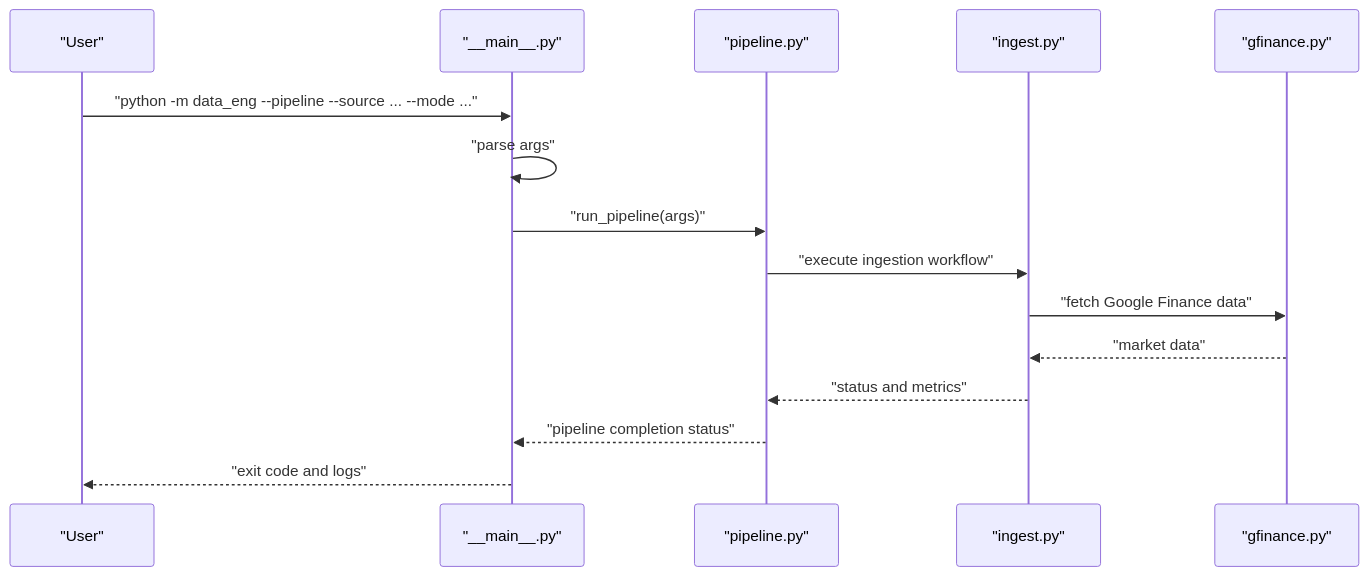
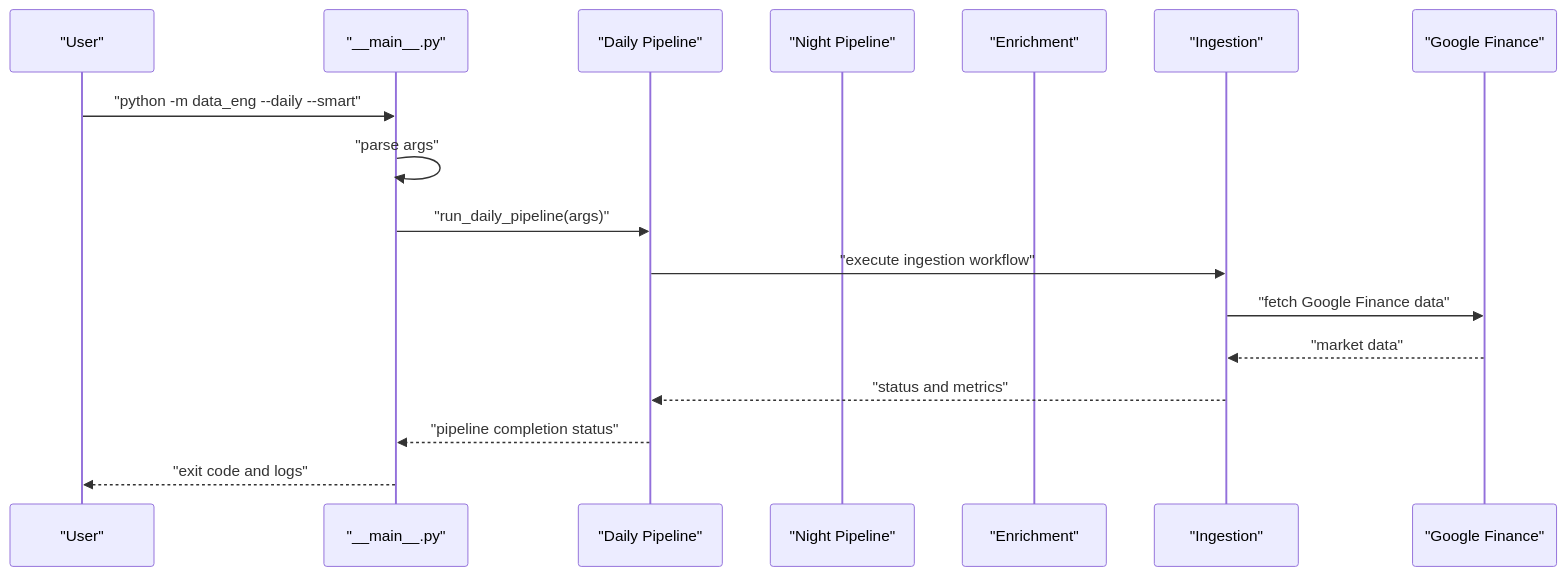
The tenth of 21 diagrams in .qoder/repowiki/en/content/Core Components/Data Engineering Module/Data Engineering Module.md (ZengSeng/telegram-bot), drawn with Mermaid before and after one commit. The commit also changed other lines of this file and 15 other files, not shown here.

````diff
--- a/.qoder/repowiki/en/content/Core Components/Data Engineering Module/Data Engineering Module.md
+++ b/.qoder/repowiki/en/content/Core Components/Data Engineering Module/Data Engineering Module.md
@@ -487,17 +608,19 @@
 ```mermaid
 sequenceDiagram
 participant User as "User"
 participant Main as "__main__.py"
-participant Pipeline as "pipeline.py"
-participant Ingest as "ingest.py"
-participant GF as "gfinance.py"
-User->>Main : "python -m data_eng --pipeline --source ... --mode ..."
+participant Daily as "Daily Pipeline"
+participant Night as "Night Pipeline"
+participant Enrich as "Enrichment"
+participant Ingest as "Ingestion"
+participant GF as "Google Finance"
+User->>Main : "python -m data_eng --daily --smart"
 Main->>Main : "parse args"
-Main->>Pipeline : "run_pipeline(args)"
-Pipeline->>Ingest : "execute ingestion workflow"
+Main->>Daily : "run_daily_pipeline(args)"
+Daily->>Ingest : "execute ingestion workflow"
 Ingest->>GF : "fetch Google Finance data"
 GF-->>Ingest : "market data"
-Ingest-->>Pipeline : "status and metrics"
-Pipeline-->>Main : "pipeline completion status"
+Ingest-->>Daily : "status and metrics"
+Daily-->>Main : "pipeline completion status"
 Main-->>User : "exit code and logs"
 ```
````
